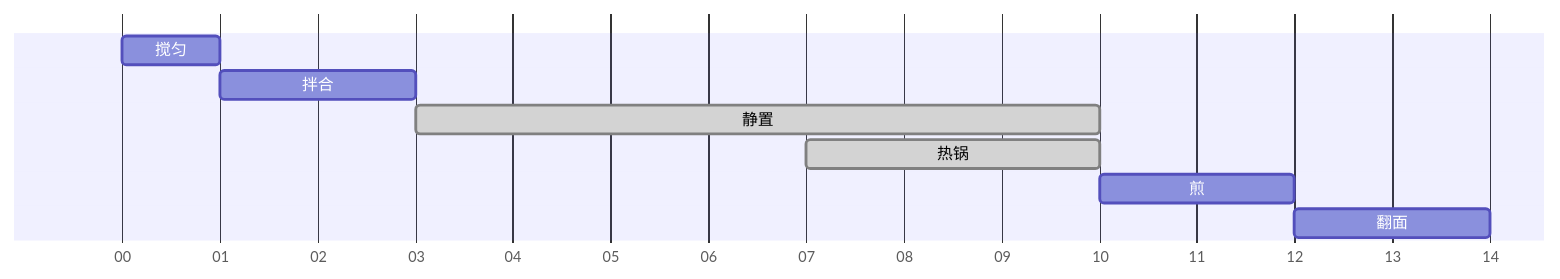
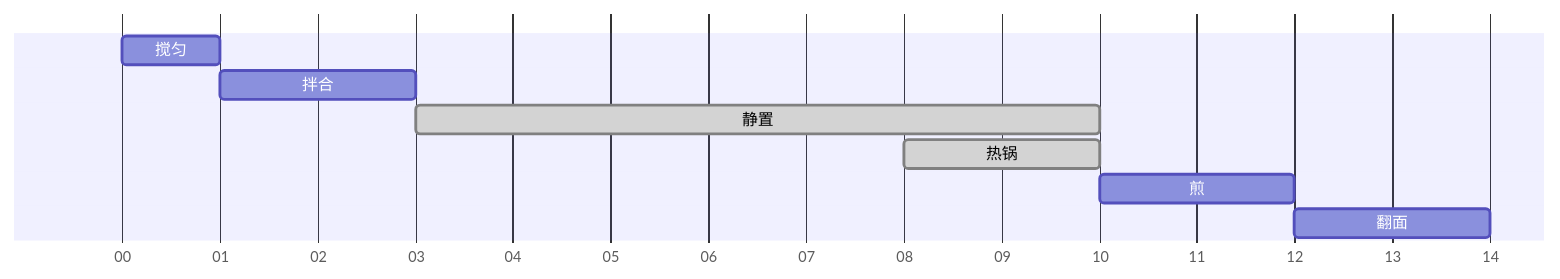
The diagram in recipes/breakfast/high-protein-pancake.md (kangaroologist-ai/recipes), drawn with Mermaid before and after one commit. The commit also changed other lines of this file and 13 other files, not shown here.

First line of the commit message:
Tighten recipe card: narrow margin, no accent bar, timeline beside nutrition

````diff
--- a/recipes/breakfast/high-protein-pancake.md
+++ b/recipes/breakfast/high-protein-pancake.md
@@ -11,12 +11,12 @@
 ```mermaid
 gantt
 dateFormat mm
 axisFormat %M
 todayMarker off
   搅匀 :wet, 00, 1m
   拌合 :mix, 01, 2m
   静置 :done, rest, 03, 7m
-  热锅 :done, heat, 07, 3m
+  热锅 :done, heat, 08, 2m
   煎 :fry, 10, 2m
   翻面 :flip, 12, 2m
 ```
````
